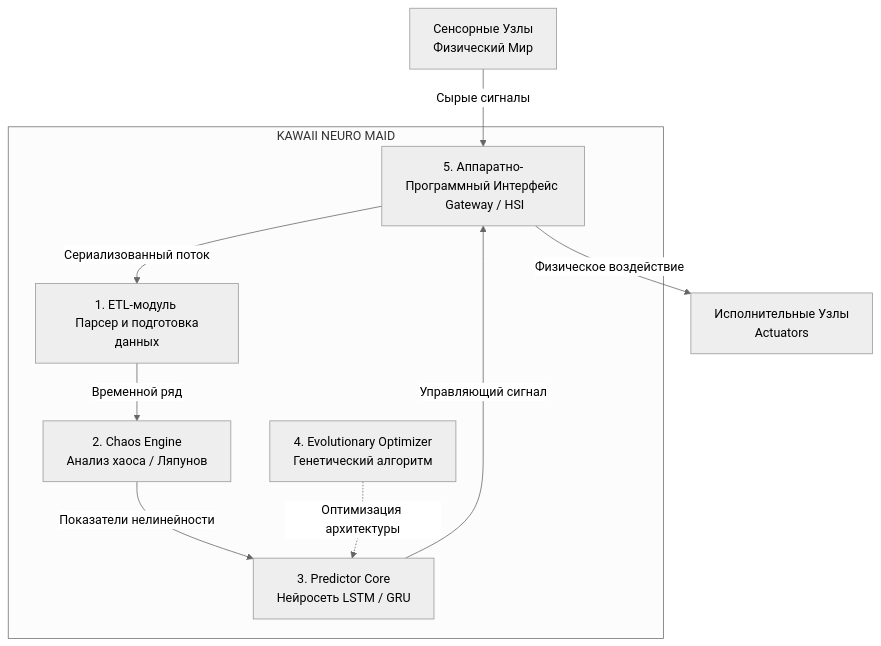
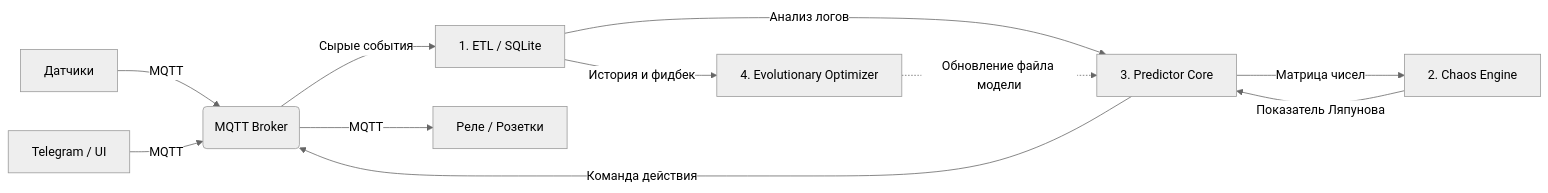
The diagram in README.md (DakariLuin/kawaii-neuro-maid), drawn with Mermaid (neutral theme) before and after one commit. The commit also changed 1 other file, not shown here.

Commit message:
docs: initial system design with unidirectional data flow

````diff
--- a/README.md
+++ b/README.md
@@ -21,18 +21,19 @@
 ```mermaid
-graph TD
-    %% Внешние сущности
-    Sensors[Сенсорные Узлы <br> Физический Мир] -->|Сырые сигналы| HSI
+graph LR
+    %% 1. Входной поток (Только запись в БД)
+    Sensors[Датчики] -->|MQTT| Broker(MQTT Broker)
+    Telegram[Telegram / UI] -->|MQTT| Broker
+    Broker -->|Сырые события| ETL[1. ETL / SQLite]
     
-    %% Границы системы Kawaii Neuro Maid
-    subgraph KNM [KAWAII NEURO MAID]
-        HSI[5. Аппаратно-Программный Интерфейс <br> Gateway / HSI] -->|Сериализованный поток| ETL[1. ETL-модуль <br> Парсер и подготовка данных]
-        ETL -->|Временной ряд| Chaos[2. Chaos Engine <br> Анализ хаоса / Ляпунов]
-        Chaos -->|Показатели нелинейности| Predictor[3. Predictor Core <br> Нейросеть LSTM / GRU]
-        Evolution[4. Evolutionary Optimizer <br> Генетический алгоритм] -.->|Оптимизация архитектуры| Predictor
-        Predictor -->|Управляющий сигнал| HSI
-    end
+    %% 2. Рабочий поток (Чтение из БД -> Вывод в реле)
+    ETL -->|Анализ логов| Predictor[3. Predictor Core]
+    Predictor -->|Матрица чисел| Chaos[2. Chaos Engine]
+    Chaos -->|Показатель Ляпунова| Predictor
+    Predictor -->|Команда действия| Broker
+    Broker -->|MQTT| Actuators[Реле / Розетки]
     
-    %% Выход во внешний мир
-    HSI -->|Физическое воздействие| Actuators[Исполнительные Узлы <br> Actuators]
+    %% 3. Фоновый поток (Обучение)
+    ETL -->|История и фидбек| Optimizer[4. Evolutionary Optimizer]
+    Optimizer -.->|Обновление файла модели| Predictor
 
 ```
````
